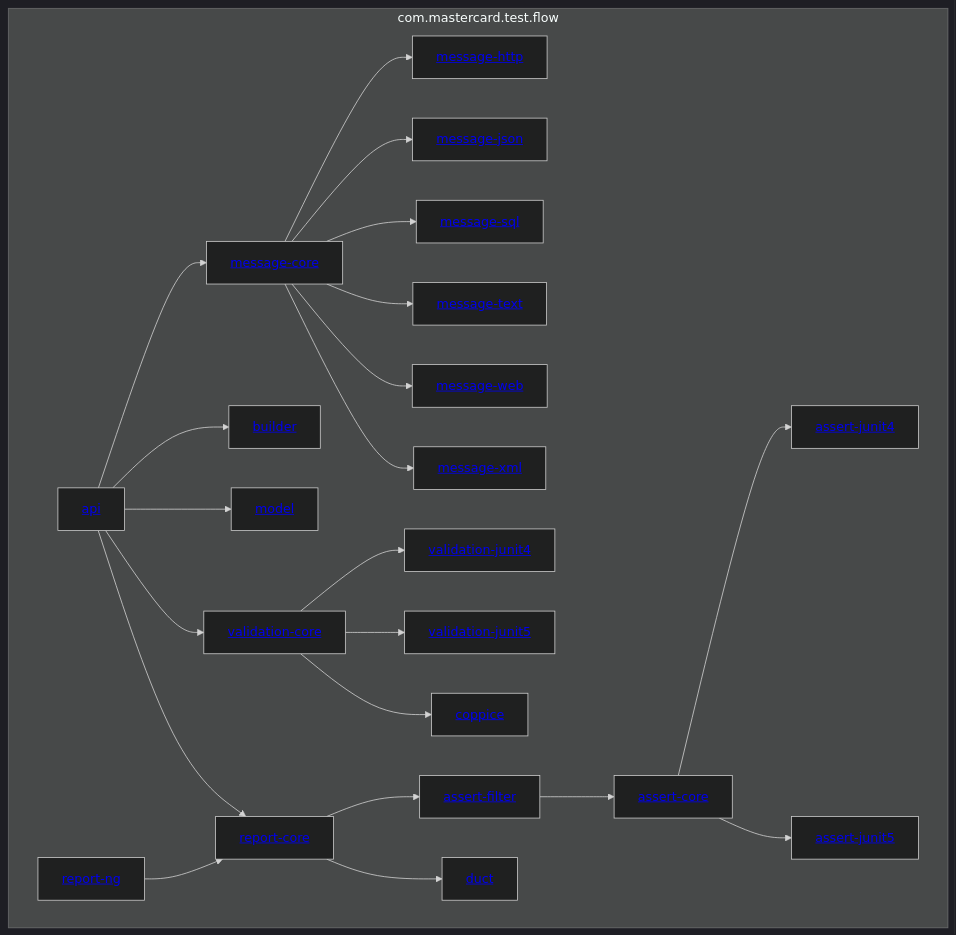
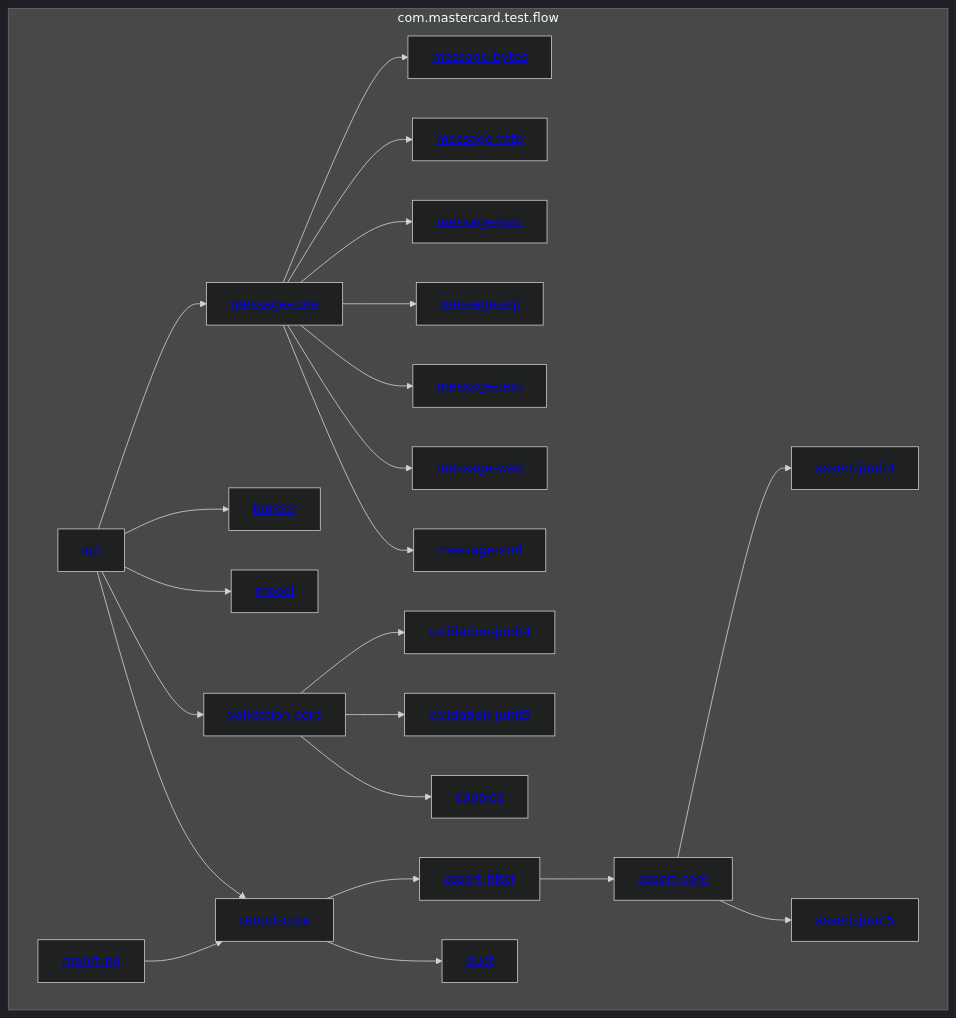
Before and after one commit to Mastercard/flow: the diagram in README.md, drawn with Mermaid (dark theme). The commit also changed 9 other files, not shown here.

````diff
--- a/README.md
+++ b/README.md
@@ -50,46 +50,48 @@
 ```mermaid
 graph TB
   subgraph com.mastercard.test.flow
     api[<a href='https://github.com/Mastercard/flow/tree/main/api'>api</a>]
     assert-core[<a href='https://github.com/Mastercard/flow/tree/main/assert/assert-core'>assert-core</a>]
     assert-filter[<a href='https://github.com/Mastercard/flow/tree/main/assert/assert-filter'>assert-filter</a>]
     assert-junit4[<a href='https://github.com/Mastercard/flow/tree/main/assert/assert-junit4'>assert-junit4</a>]
     assert-junit5[<a href='https://github.com/Mastercard/flow/tree/main/assert/assert-junit5'>assert-junit5</a>]
     builder[<a href='https://github.com/Mastercard/flow/tree/main/builder'>builder</a>]
     coppice[<a href='https://github.com/Mastercard/flow/tree/main/validation/coppice'>coppice</a>]
     duct[<a href='https://github.com/Mastercard/flow/tree/main/report/duct'>duct</a>]
+    message-bytes[<a href='https://github.com/Mastercard/flow/tree/main/message/message-bytes'>message-bytes</a>]
     message-core[<a href='https://github.com/Mastercard/flow/tree/main/message/message-core'>message-core</a>]
     message-http[<a href='https://github.com/Mastercard/flow/tree/main/message/message-http'>message-http</a>]
     message-json[<a href='https://github.com/Mastercard/flow/tree/main/message/message-json'>message-json</a>]
     message-sql[<a href='https://github.com/Mastercard/flow/tree/main/message/message-sql'>message-sql</a>]
     message-text[<a href='https://github.com/Mastercard/flow/tree/main/message/message-text'>message-text</a>]
     message-web[<a href='https://github.com/Mastercard/flow/tree/main/message/message-web'>message-web</a>]
     message-xml[<a href='https://github.com/Mastercard/flow/tree/main/message/message-xml'>message-xml</a>]
     model[<a href='https://github.com/Mastercard/flow/tree/main/model'>model</a>]
     report-core[<a href='https://github.com/Mastercard/flow/tree/main/report/report-core'>report-core</a>]
     report-ng[<a href='https://github.com/Mastercard/flow/tree/main/report/report-ng'>report-ng</a>]
     validation-core[<a href='https://github.com/Mastercard/flow/tree/main/validation/validation-core'>validation-core</a>]
     validation-junit4[<a href='https://github.com/Mastercard/flow/tree/main/validation/validation-junit4'>validation-junit4</a>]
     validation-junit5[<a href='https://github.com/Mastercard/flow/tree/main/validation/validation-junit5'>validation-junit5</a>]
   end
   api --> message-core
   api --> builder
   api --> model
   api --> validation-core
   api --> report-core
   assert-core --> assert-junit4
   assert-core --> assert-junit5
   assert-filter --> assert-core
+  message-core --> message-bytes
   message-core --> message-http
   message-core --> message-json
   message-core --> message-sql
   message-core --> message-text
   message-core --> message-web
   message-core --> message-xml
   report-core --> assert-filter
   report-core --> duct
   report-ng --> report-core
   validation-core --> validation-junit4
   validation-core --> validation-junit5
   validation-core --> coppice
 ```
````
